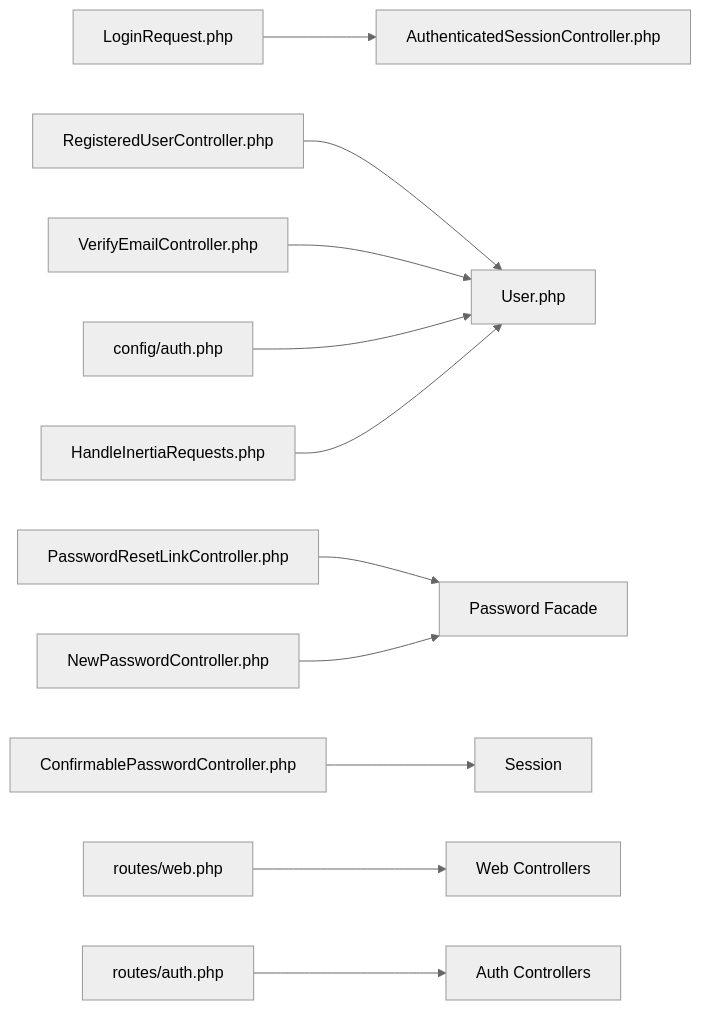
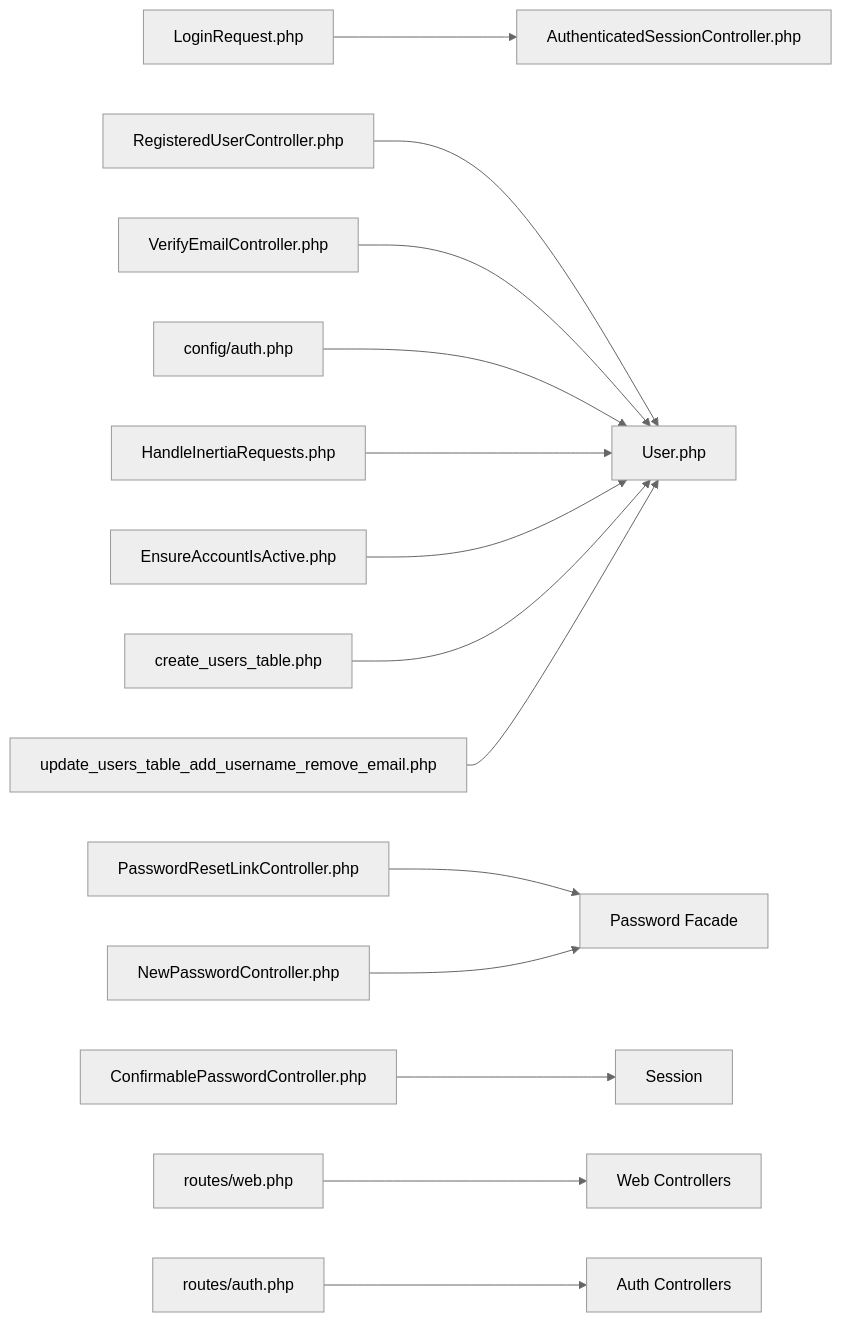
Before and after one commit to vincet0t15/template: diagram 11 of 11 in .qoder/repowiki/en/content/Authentication System/Authentication System.md, drawn with Mermaid (neutral theme). The commit also changed other lines of this file and 12 other files, not shown here.

````diff
--- a/.qoder/repowiki/en/content/Authentication System/Authentication System.md
+++ b/.qoder/repowiki/en/content/Authentication System/Authentication System.md
@@ -445,13 +520,16 @@
 ```mermaid
 graph LR
 LREQ["LoginRequest.php"] --> SES["AuthenticatedSessionController.php"]
 REGC["RegisteredUserController.php"] --> USER["User.php"]
 VERF["VerifyEmailController.php"] --> USER
 FORG["PasswordResetLinkController.php"] --> PF["Password Facade"]
 NEWP["NewPasswordController.php"] --> PF
 CONF["ConfirmablePasswordController.php"] --> SESN["Session"]
 AUTHCFG["config/auth.php"] --> USER
 INERT["HandleInertiaRequests.php"] --> USER
+ACT["EnsureAccountIsActive.php"] --> USER
 RWEB["routes/web.php"] --> WEBCTRL["Web Controllers"]
 RAUTH["routes/auth.php"] --> AUTHCTRL["Auth Controllers"]
+USERS["create_users_table.php"] --> USER
+USERNAME["update_users_table_add_username_remove_email.php"] --> USER
 ```
````
